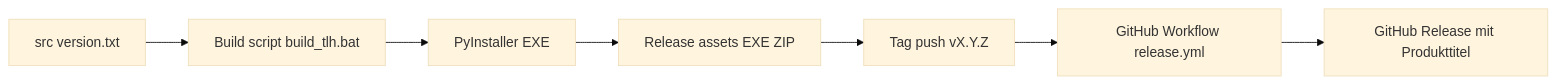
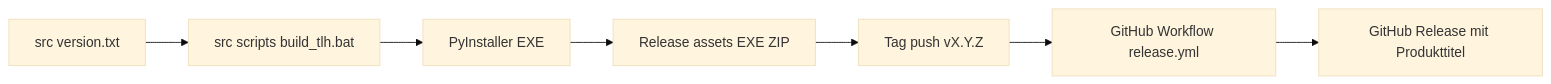
The diagram in docs/DOKUMENTATION_RELEASES.md (GoroTech-Tools/Themenlisten-Helfer), drawn with Mermaid (base theme) before and after one commit. The commit also changed other lines of this file and 30 other files, not shown here.

````diff
--- a/docs/DOKUMENTATION_RELEASES.md
+++ b/docs/DOKUMENTATION_RELEASES.md
@@ -7,9 +7,9 @@
 ```mermaid
 flowchart LR
-   A[src version.txt] --> B[Build script build_tlh.bat]
+   A[src version.txt] --> B[src scripts build_tlh.bat]
    B --> C[PyInstaller EXE]
    C --> D[Release assets EXE ZIP]
    D --> E[Tag push vX.Y.Z]
    E --> F[GitHub Workflow release.yml]
    F --> G[GitHub Release mit Produkttitel]
 ```
````
